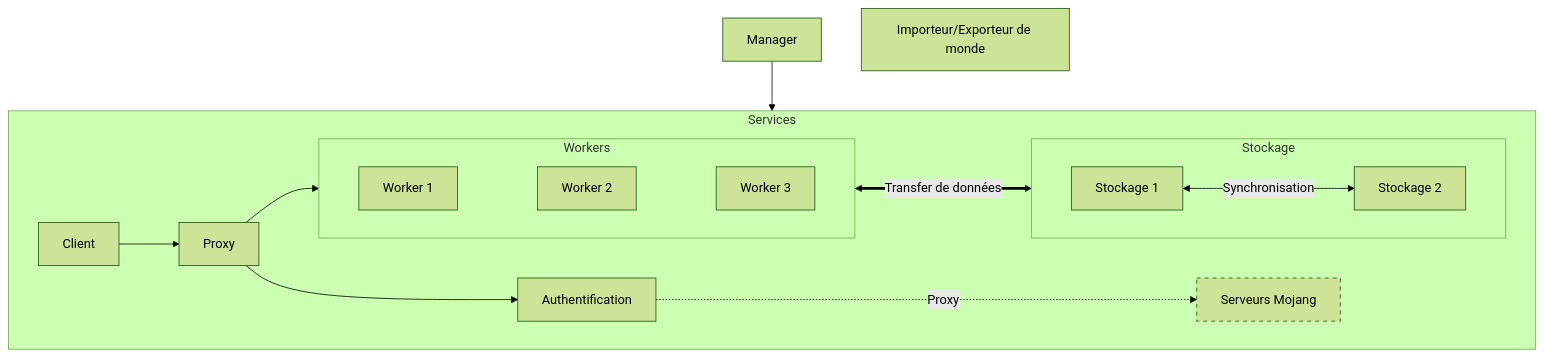
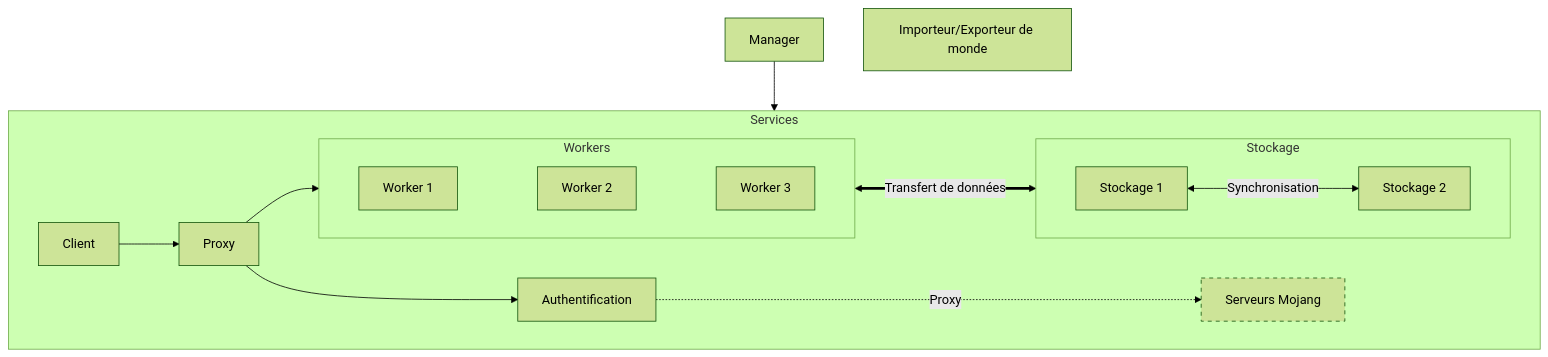
The diagram in src/pages/specs/projects.mdx (archipel-project/docs), drawn with Mermaid (forest theme) before and after one commit. The commit also changed other lines of this file and 4 other files, not shown here.

````diff
--- a/src/pages/specs/projects.mdx
+++ b/src/pages/specs/projects.mdx
@@ -59,42 +59,42 @@
 ```mermaid
 graph TD
     Manager
     IE[Importeur/Exporteur de monde]
 
     subgraph Services [Services]
         Proxy
         Authentification
         Mojang[Serveurs Mojang]
         Client
 
         subgraph Workers
             direction LR
             Worker1[Worker 1]
             Worker2[Worker 2]
             Worker3[Worker 3]
 
             Worker1 ~~~ Worker2
             Worker2 ~~~ Worker3
         end
         subgraph Storages [Stockage]
             direction LR
             Storage1[Stockage 1]
             Storage2[Stockage 2]
             
             Storage1 <-- Synchronisation --> Storage2
         end
         
-        Workers <== Transfer de données ==> Storages
+        Workers <== Transfert de données ==> Storages
 
         Client --> Proxy
 
         Proxy --> Authentification
         Authentification -. Proxy .-> Mojang
         Proxy --> Workers
 
         style Mojang stroke-dasharray: 5 5
     end
 
     Manager --> Services
 
 ```
````
